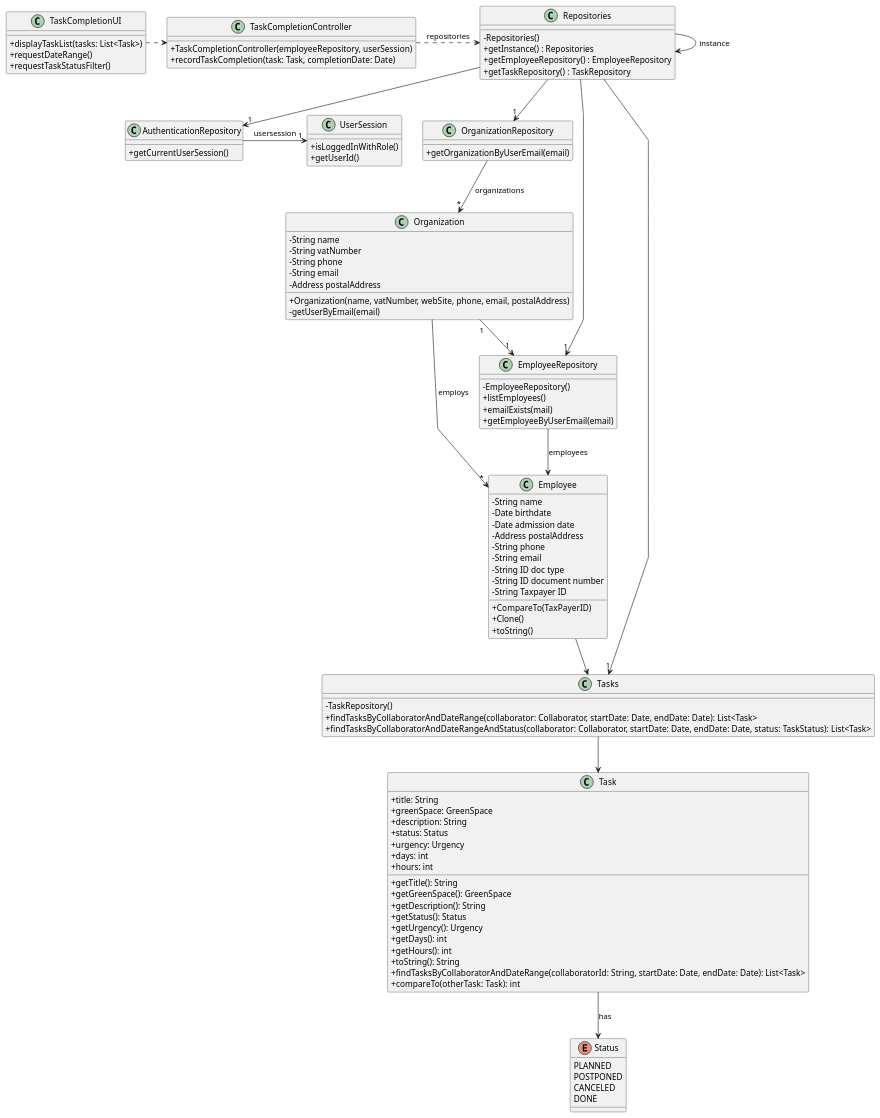
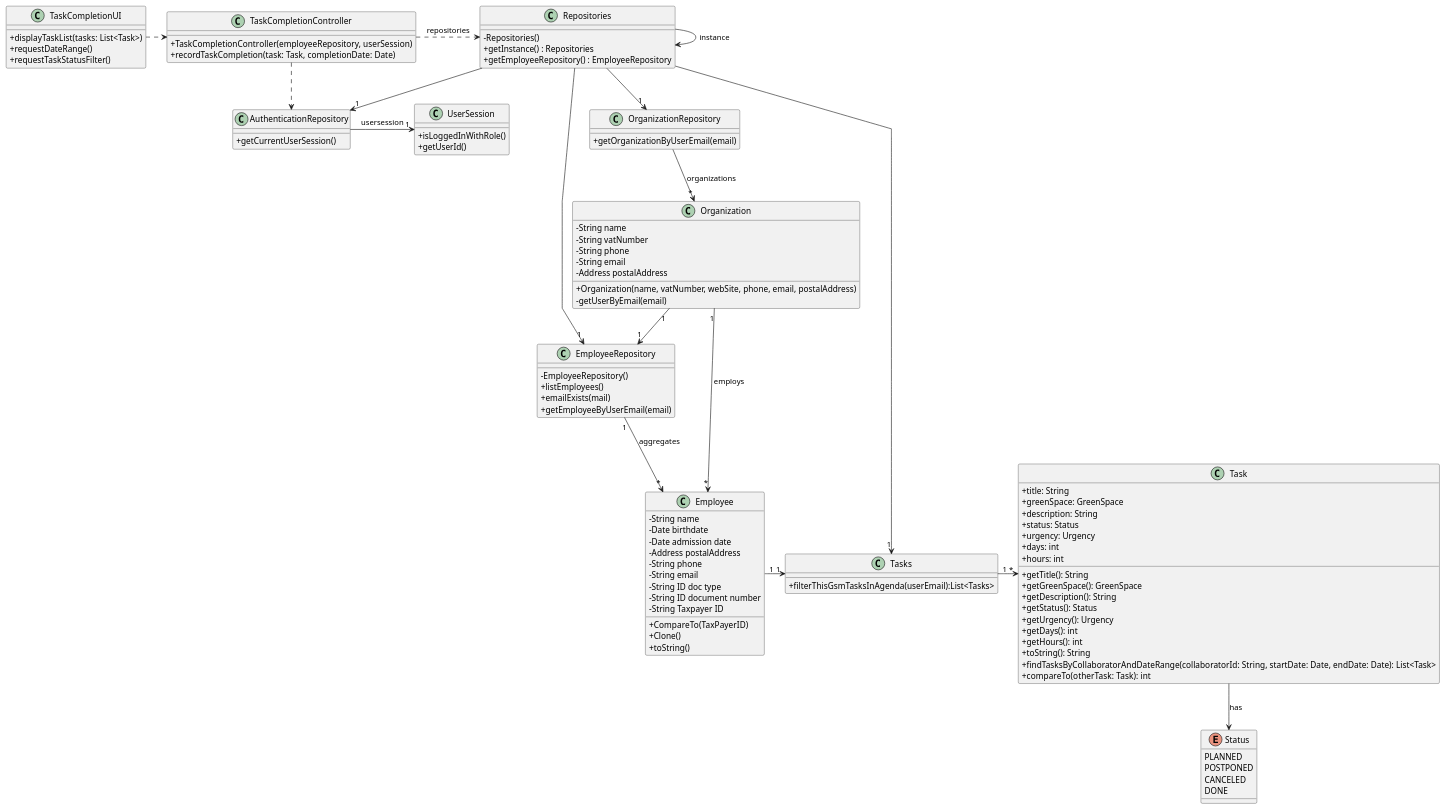
Before and after one commit to Mendoncaa/LAPR2: the diagram in docs/sprintC/US029/03.design/puml/us029-class-diagram.puml, drawn with PlantUML. The commit also changed 13 other files, not shown here.

Commit message:
Code of US28 and US29 updated; Sequence Diagram and Class Diagram Updates(US28 and US29)

```diff
--- a/docs/sprintC/US029/03.design/puml/us029-class-diagram.puml
+++ b/docs/sprintC/US029/03.design/puml/us029-class-diagram.puml
@@ -1,131 +1,130 @@
 @startuml
 'skinparam monochrome true
 skinparam packageStyle rectangle
 skinparam shadowing false
 skinparam linetype polyline
 'skinparam linetype orto
 
 skinparam classAttributeIconSize 0
 
 'left to right direction
 
 
 class TaskCompletionUI {
     + displayTaskList(tasks: List<Task>)
     + requestDateRange()
     + requestTaskStatusFilter()
 }
 
 class TaskCompletionController {
     + TaskCompletionController(employeeRepository, userSession)
     + recordTaskCompletion(task: Task, completionDate: Date)
 }
 
 class Repositories {
     - Repositories()
     + getInstance() : Repositories
     + getEmployeeRepository() : EmployeeRepository
-    + getTaskRepository() : TaskRepository
+
 }
 
 class OrganizationRepository {
     + getOrganizationByUserEmail(email)
 }
 
 class Organization {
     - String name
     - String vatNumber
     - String phone
     - String email
     - Address postalAddress
     + Organization(name, vatNumber, webSite, phone, email, postalAddress)
     - getUserByEmail(email)
 }
 
 class AuthenticationRepository {
     + getCurrentUserSession()
 }
 
 class UserSession {
     + isLoggedInWithRole()
     + getUserId()
 }
 
 class EmployeeRepository {
     - EmployeeRepository()
     + listEmployees()
     + emailExists(mail)
     + getEmployeeByUserEmail(email)
 }
 
 class Employee {
     - String name
     - Date birthdate
     - Date admission date
     - Address postalAddress
     - String phone
     - String email
     - String ID doc type
     - String ID document number
     - String Taxpayer ID
     + CompareTo(TaxPayerID)
     + Clone()
     + toString()
 }
 
 
 class Tasks {
-    - TaskRepository()
-    + findTasksByCollaboratorAndDateRange(collaborator: Collaborator, startDate: Date, endDate: Date): List<Task>
-    + findTasksByCollaboratorAndDateRangeAndStatus(collaborator: Collaborator, startDate: Date, endDate: Date, status: TaskStatus): List<Task>
+    +filterThisGsmTasksInAgenda(userEmail):List<Tasks>
 }
 
 class Task {
     + title: String
     + greenSpace: GreenSpace
     + description: String
     + status: Status
     + urgency: Urgency
     + days: int
     + hours: int
     + getTitle(): String
     + getGreenSpace(): GreenSpace
     + getDescription(): String
     + getStatus(): Status
     + getUrgency(): Urgency
     + getDays(): int
     + getHours(): int
     + toString(): String
     + findTasksByCollaboratorAndDateRange(collaboratorId: String, startDate: Date, endDate: Date): List<Task>
     + compareTo(otherTask: Task): int
 }
 
 
 enum Status {
     PLANNED
     POSTPONED
     CANCELED
     DONE
 }
 
 
 
 
 
 Repositories -> Repositories : instance
 TaskCompletionUI .> TaskCompletionController
+TaskCompletionController.> AuthenticationRepository
 Repositories --> "1" OrganizationRepository
 OrganizationRepository --> "*" Organization : organizations
 Organization "1" --> "1" EmployeeRepository
-Organization  --> "*" Employee : employs
+Organization "1" --> "*" Employee : employs
 TaskCompletionController .> Repositories : repositories
 Repositories --> "1" AuthenticationRepository
 Repositories --> "1" EmployeeRepository
 Repositories --> "1" Tasks
 AuthenticationRepository -> "1" UserSession : usersession
-EmployeeRepository --> Employee : employees
-Tasks--> Task
+EmployeeRepository "1" --> "*" Employee : aggregates
+Tasks "1" -> "*" Task
 Task --> Status : has
-Employee --> Tasks
+Employee "1" -> "1" Tasks
 
 @enduml
```
